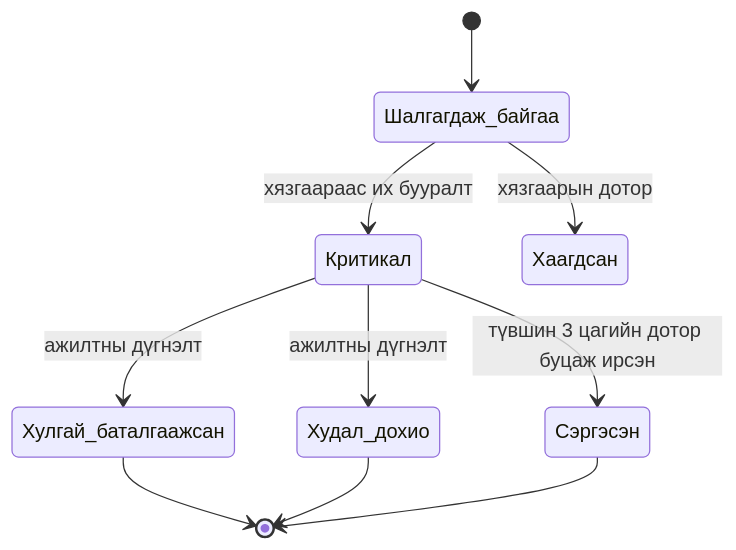
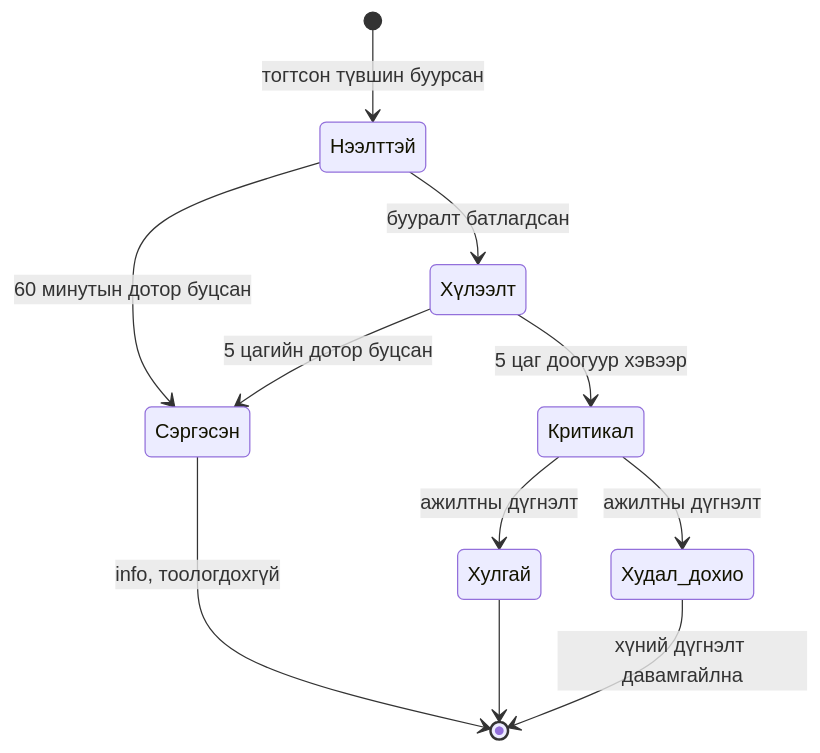
One commit to Asmodify/Open-Teever-Diploma changed the diagram in thesis/diagrams/state_alert.mmd. Above: the diagram before and after it, drawn with Mermaid. The commit also changed 52 other files, not shown here.

```diff
--- a/thesis/diagrams/state_alert.mmd
+++ b/thesis/diagrams/state_alert.mmd
@@ -1,11 +1,12 @@
-%% D12 State: fuel alert lifecycle (chapter 3)  from the warner README
+%% D12 State: fuel-drain alert (chapter 3). From src/detector.js, src/engine.js and the evidence rules of 2026-10-15.
 stateDiagram-v2
-  [*] --> Шалгагдаж_байгаа
-  Шалгагдаж_байгаа --> Критикал : хязгаараас их бууралт
-  Шалгагдаж_байгаа --> Хаагдсан : хязгаарын дотор
-  Критикал --> Сэргэсэн : түвшин 3 цагийн дотор буцаж ирсэн
-  Критикал --> Хулгай_баталгаажсан : ажилтны дүгнэлт
+  [*] --> Нээлттэй : тогтсон түвшин буурсан
+  Нээлттэй --> Сэргэсэн : 60 минутын дотор буцсан
+  Нээлттэй --> Хүлээлт : бууралт батлагдсан
+  Хүлээлт --> Сэргэсэн : 5 цагийн дотор буцсан
+  Хүлээлт --> Критикал : 5 цаг доогуур хэвээр
+  Критикал --> Хулгай : ажилтны дүгнэлт
   Критикал --> Худал_дохио : ажилтны дүгнэлт
-  Хулгай_баталгаажсан --> [*]
-  Худал_дохио --> [*]
-  Сэргэсэн --> [*]
+  Сэргэсэн --> [*] : info, тоологдохгүй
+  Хулгай --> [*]
+  Худал_дохио --> [*] : хүний дүгнэлт давамгайлна
```
